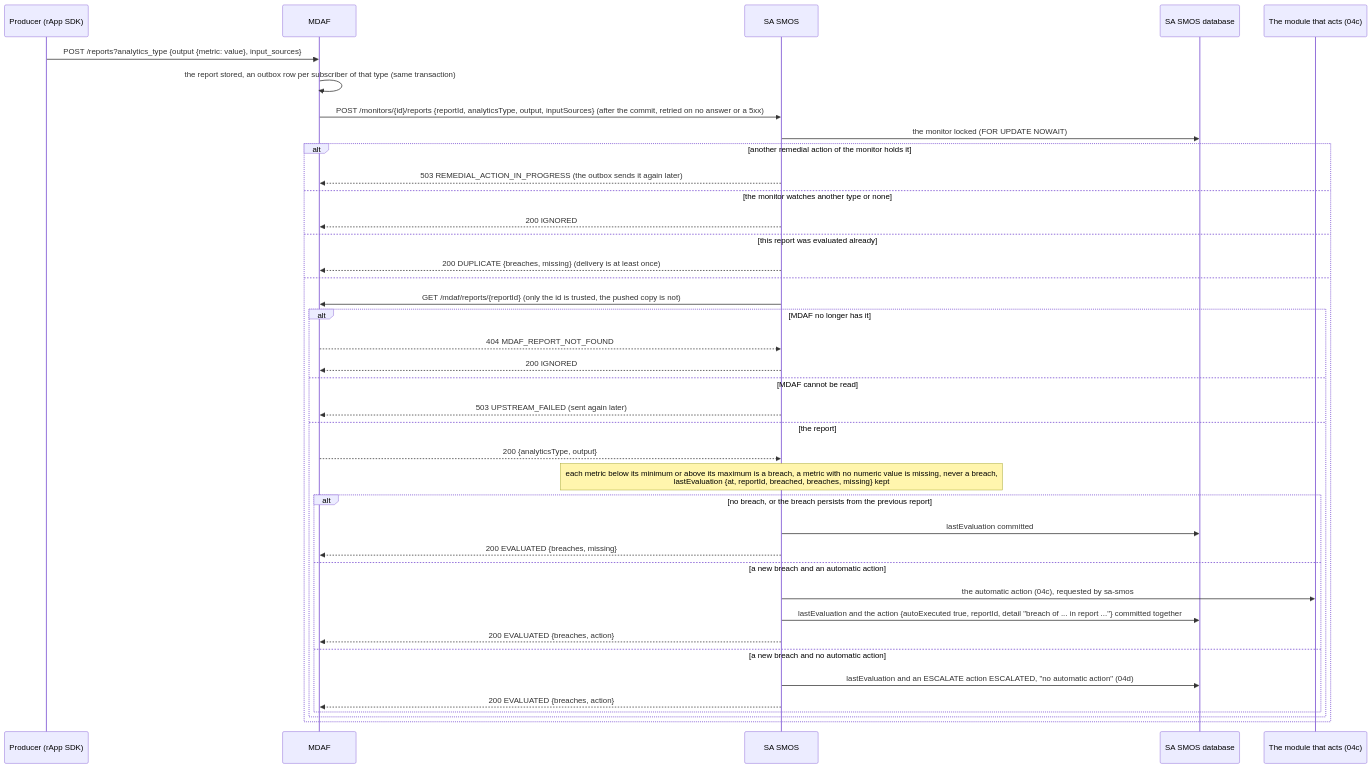
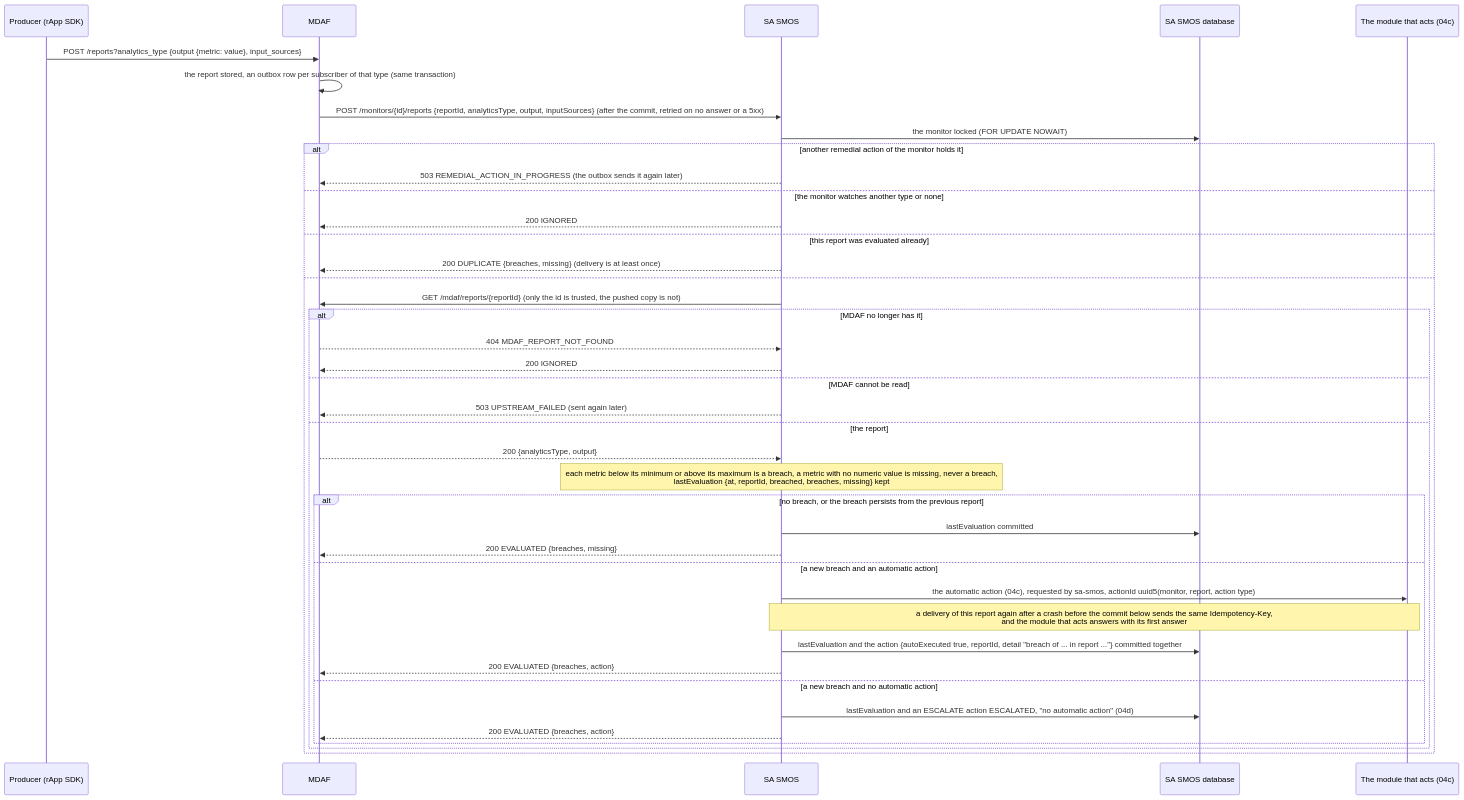
Before and after one commit to rsys-bshankar/ai-ran-smo: the second of 4 diagrams in smo/docs/call-flows/04-closed-loop-assurance.md, drawn with Mermaid. The commit also changed other lines of this file and 31 other files, not shown here.

````diff
--- a/smo/docs/call-flows/04-closed-loop-assurance.md
+++ b/smo/docs/call-flows/04-closed-loop-assurance.md
@@ -76,42 +76,43 @@
 ```mermaid
 sequenceDiagram
     participant P as Producer (rApp SDK)
     participant MDAF as MDAF
     participant SA as SA SMOS
     participant DB as SA SMOS database
     participant M as The module that acts (04c)
 
     P->>MDAF: POST /reports?analytics_type {output {metric: value}, input_sources}
     MDAF->>MDAF: the report stored, an outbox row per subscriber of that type (same transaction)
     MDAF->>SA: POST /monitors/{id}/reports {reportId, analyticsType, output, inputSources} (after the commit, retried on no answer or a 5xx)
     SA->>DB: the monitor locked (FOR UPDATE NOWAIT)
     alt another remedial action of the monitor holds it
         SA-->>MDAF: 503 REMEDIAL_ACTION_IN_PROGRESS (the outbox sends it again later)
     else the monitor watches another type or none
         SA-->>MDAF: 200 IGNORED
     else this report was evaluated already
         SA-->>MDAF: 200 DUPLICATE {breaches, missing} (delivery is at least once)
     else
         SA->>MDAF: GET /mdaf/reports/{reportId} (only the id is trusted, the pushed copy is not)
         alt MDAF no longer has it
             MDAF-->>SA: 404 MDAF_REPORT_NOT_FOUND
             SA-->>MDAF: 200 IGNORED
         else MDAF cannot be read
             SA-->>MDAF: 503 UPSTREAM_FAILED (sent again later)
         else the report
             MDAF-->>SA: 200 {analyticsType, output}
             Note over SA: each metric below its minimum or above its maximum is a breach, a metric with no numeric value is missing, never a breach,<br/>lastEvaluation {at, reportId, breached, breaches, missing} kept
             alt no breach, or the breach persists from the previous report
                 SA->>DB: lastEvaluation committed
                 SA-->>MDAF: 200 EVALUATED {breaches, missing}
             else a new breach and an automatic action
-                SA->>M: the automatic action (04c), requested by sa-smos
+                SA->>M: the automatic action (04c), requested by sa-smos, actionId uuid5(monitor, report, action type)
+                Note over SA,M: a delivery of this report again after a crash before the commit below sends the same Idempotency-Key,<br/>and the module that acts answers with its first answer
                 SA->>DB: lastEvaluation and the action {autoExecuted true, reportId, detail "breach of ... in report ..."} committed together
                 SA-->>MDAF: 200 EVALUATED {breaches, action}
             else a new breach and no automatic action
                 SA->>DB: lastEvaluation and an ESCALATE action ESCALATED, "no automatic action" (04d)
                 SA-->>MDAF: 200 EVALUATED {breaches, action}
             end
         end
     end
 ```
````
